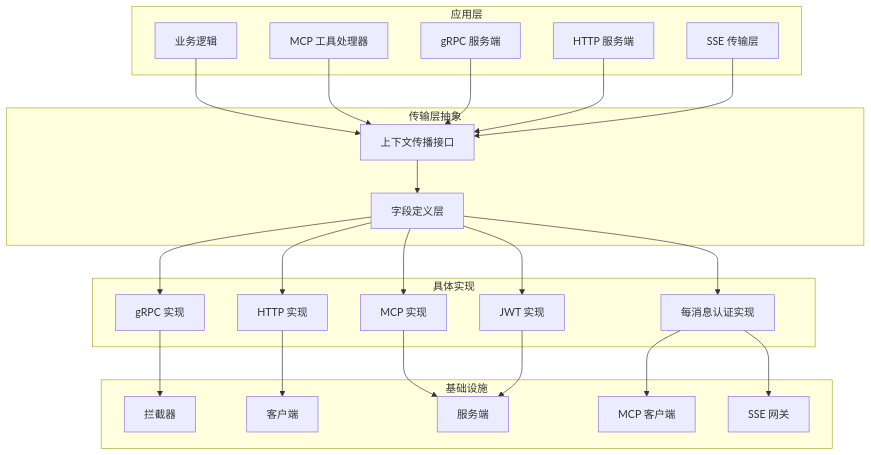
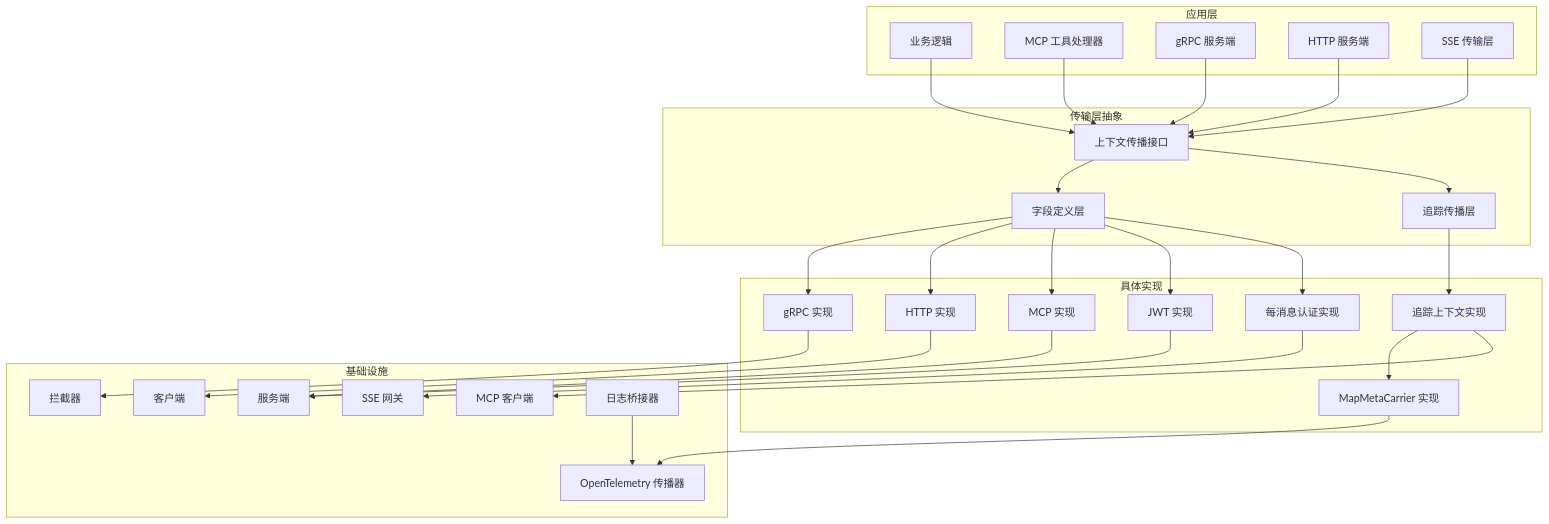
The second of 15 diagrams in .qoder/repowiki/zh/content/Ctxprop Package.md (maomao94/zero-service), drawn with Mermaid before and after one commit. The commit also changed other lines of this file and 25 other files, not shown here.

````diff
--- a/.qoder/repowiki/zh/content/Ctxprop Package.md
+++ b/.qoder/repowiki/zh/content/Ctxprop Package.md
@@ -132,45 +147,55 @@
 ```mermaid
 graph TB
 subgraph "应用层"
 A[业务逻辑]
 B[MCP 工具处理器]
 C[gRPC 服务端]
 D[HTTP 服务端]
 E[SSE 传输层]
 end
 subgraph "传输层抽象"
 F[上下文传播接口]
 G[字段定义层]
+H[追踪传播层]
 end
 subgraph "具体实现"
-H[gRPC 实现]
-I[HTTP 实现]
-J[MCP 实现]
-K[JWT 实现]
-L[每消息认证实现]
+I[gRPC 实现]
+J[HTTP 实现]
+K[MCP 实现]
+L[JWT 实现]
+M[每消息认证实现]
+N[追踪上下文实现]
+O[MapMetaCarrier 实现]
 end
 subgraph "基础设施"
-M[拦截器]
-N[客户端]
-O[服务端]
-P[MCP 客户端]
-Q[SSE 网关]
+P[拦截器]
+Q[客户端]
+R[服务端]
+S[MCP 客户端]
+T[SSE 网关]
+U[日志桥接器]
+V[OpenTelemetry 传播器]
 end
 A --> F
 B --> F
 C --> F
 D --> F
 E --> F
 F --> G
-G --> H
+F --> H
 G --> I
 G --> J
 G --> K
 G --> L
-H --> M
-I --> N
-J --> O
-K --> O
-L --> P
-L --> Q
+G --> M
+H --> N
+N --> O
+O --> V
+I --> P
+J --> Q
+K --> R
+L --> R
+M --> T
+N --> S
+U --> V
 ```
````
